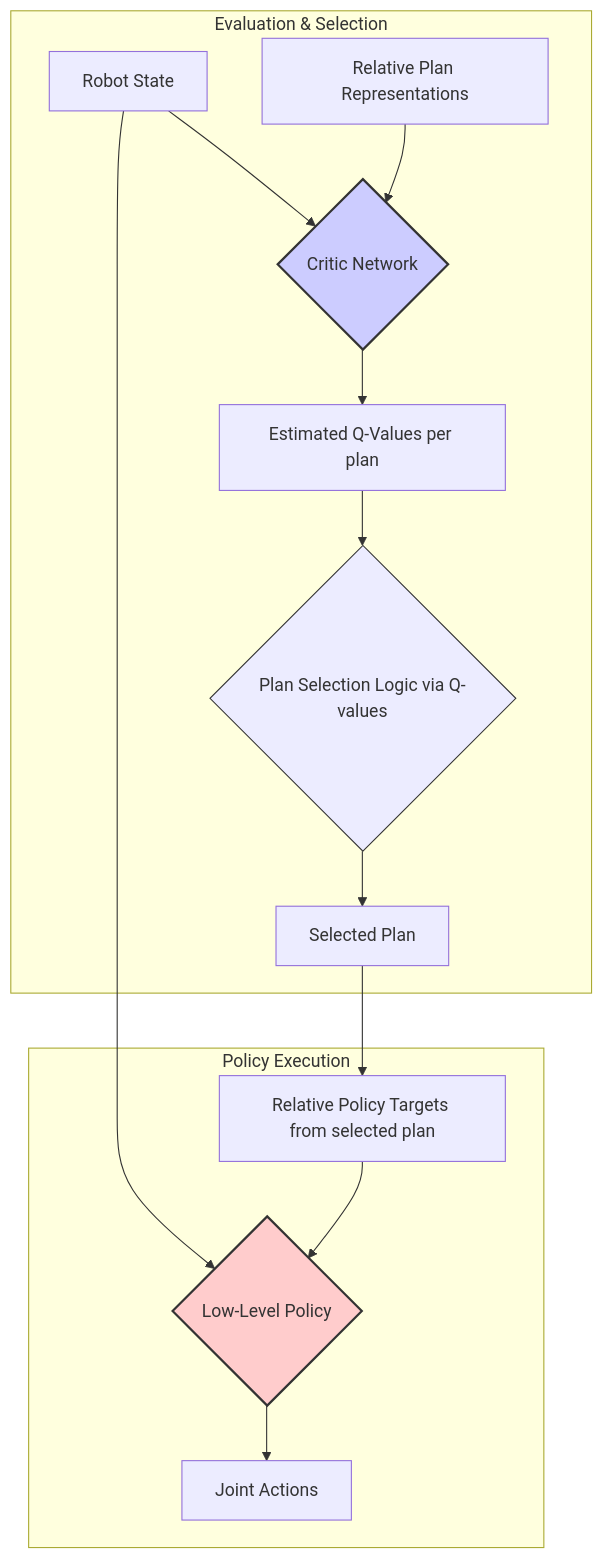
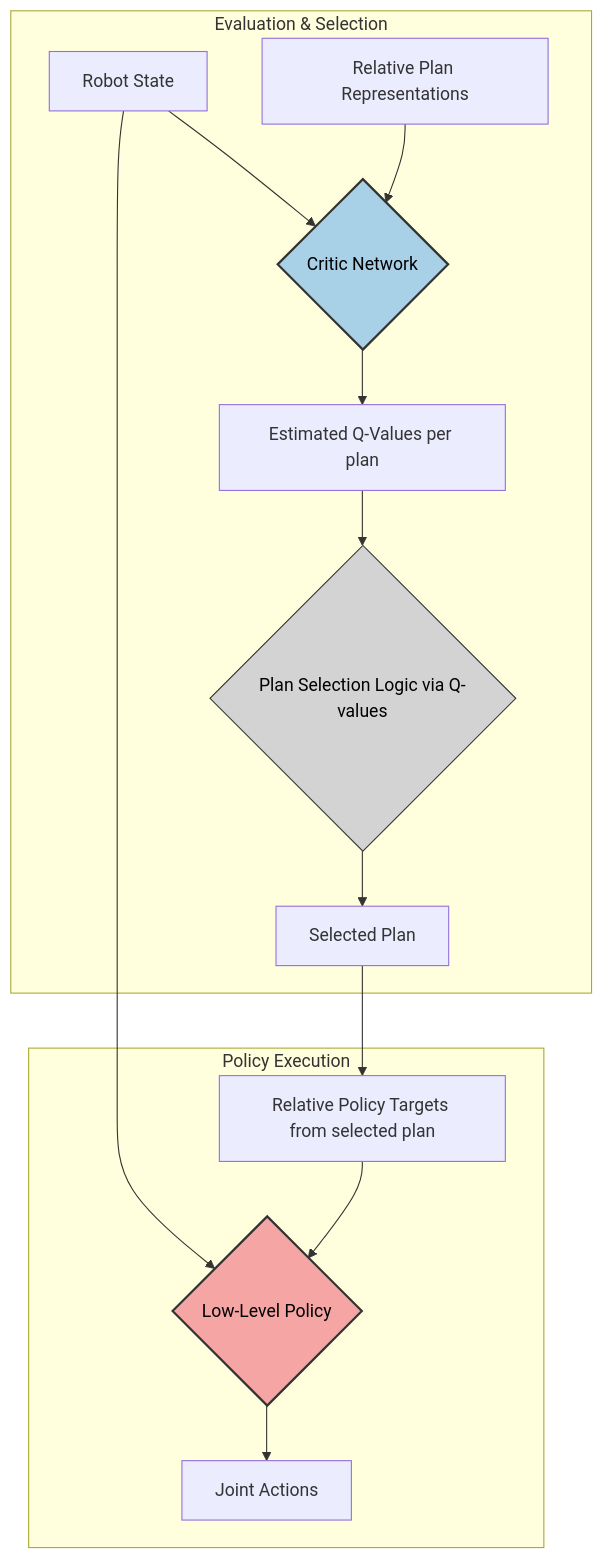
The second of 2 diagrams in README.md (redradman/CPSC448Report), drawn with Mermaid before and after one commit.

````diff
--- a/README.md
+++ b/README.md
@@ -89,24 +89,24 @@
 ```mermaid
 graph TD
     subgraph Evaluation & Selection
         A[Robot State] --> Critic{Critic Network};
         B[Relative Plan Representations] --> Critic;
         Critic --> QValues[Estimated Q-Values per plan];
         QValues --> Selection{Plan Selection Logic via Q-values};
         Selection --> SelectedPlan[Selected Plan];
     end
 
     subgraph Policy Execution
          A --> Policy{Low-Level Policy};
          Targets[Relative Policy Targets from selected plan] --> Policy;
          Policy --> Actions[Joint Actions];
     end
 
     %% Link Selection to Policy Input Generation
     SelectedPlan --> Targets;
 
     %% Styling
-    style Critic fill:#ccf,stroke:#333,stroke-width:2px
-    style Policy fill:#fcc,stroke:#333,stroke-width:2px
-    style Selection fill:#lightgrey,stroke:#333,stroke-width:1px
+    style Critic fill:#a8d0e6,stroke:#333,stroke-width:2px,color:#000
+    style Policy fill:#f6a5a5,stroke:#333,stroke-width:2px,color:#000
+    style Selection fill:#d3d3d3,stroke:#333,stroke-width:1px,color:#000
 ```
````
